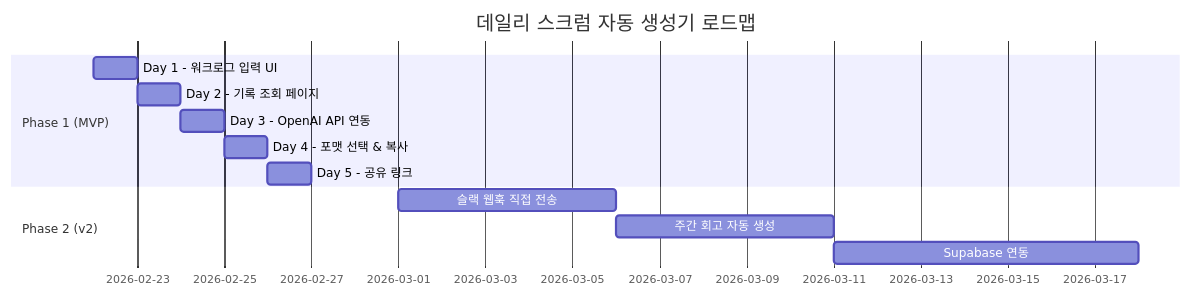
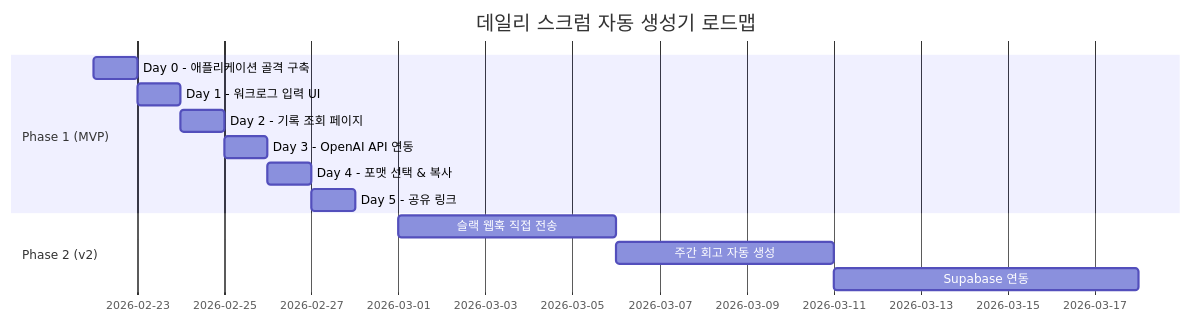
Before and after one commit to hyenicall/daily-scrum: the first of 2 diagrams in docs/ROADMAP.md, drawn with Mermaid. The commit also changed other lines of this file, not shown here.

Commit message:
📝 docs: ROADMAP에 Day 0 애플리케이션 골격 구축 단계 추가

````diff
--- a/docs/ROADMAP.md
+++ b/docs/ROADMAP.md
@@ -36,15 +36,16 @@
 ```mermaid
 gantt
   title 데일리 스크럼 자동 생성기 로드맵
   dateFormat YYYY-MM-DD
   section Phase 1 (MVP)
-  Day 1 - 워크로그 입력 UI    :d1, 2026-02-22, 1d
-  Day 2 - 기록 조회 페이지    :d2, after d1, 1d
-  Day 3 - OpenAI API 연동     :d3, after d2, 1d
-  Day 4 - 포맷 선택 & 복사   :d4, after d3, 1d
-  Day 5 - 공유 링크           :d5, after d4, 1d
+  Day 0 - 애플리케이션 골격 구축  :d0, 2026-02-22, 1d
+  Day 1 - 워크로그 입력 UI         :d1, after d0, 1d
+  Day 2 - 기록 조회 페이지         :d2, after d1, 1d
+  Day 3 - OpenAI API 연동          :d3, after d2, 1d
+  Day 4 - 포맷 선택 & 복사        :d4, after d3, 1d
+  Day 5 - 공유 링크                :d5, after d4, 1d
   section Phase 2 (v2)
   슬랙 웹훅 직접 전송         :2026-03-01, 5d
   주간 회고 자동 생성         :2026-03-06, 5d
   Supabase 연동               :2026-03-11, 7d
 ```
````
